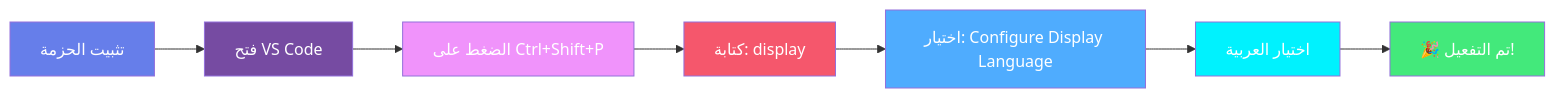
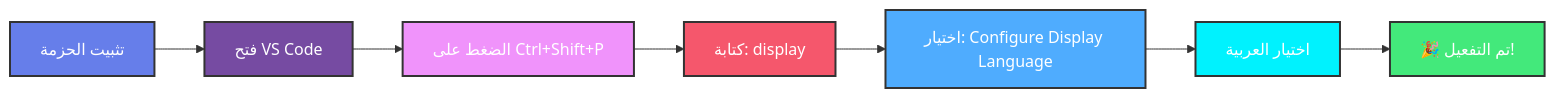
Before and after one commit to almhajer/Arabic-for-visual-studio-code: the diagram in readme.md, drawn with Mermaid. The commit also changed other lines of this file and 5 other files, not shown here.

````diff
--- a/readme.md
+++ b/readme.md
@@ -189,17 +189,17 @@
 ```mermaid
 graph LR
     A[تثبيت الحزمة] --> B[فتح VS Code]
     B --> C[الضغط على Ctrl+Shift+P]
     C --> D[كتابة: display]
     D --> E[اختيار: Configure Display Language]
     E --> F[اختيار العربية]
     F --> G[🎉 تم التفعيل!]
     
-    style A fill:#667eea,color:#fff
-    style B fill:#764ba2,color:#fff
-    style C fill:#f093fb,color:#fff
-    style D fill:#f5576c,color:#fff
-    style E fill:#4facfe,color:#fff
-    style F fill:#00f2fe,color:#fff
-    style G fill:#43e97b,color:#fff
+    style A fill:#667eea,color:#fff,stroke:#333,stroke-width:2px
+    style B fill:#764ba2,color:#fff,stroke:#333,stroke-width:2px
+    style C fill:#f093fb,color:#fff,stroke:#333,stroke-width:2px
+    style D fill:#f5576c,color:#fff,stroke:#333,stroke-width:2px
+    style E fill:#4facfe,color:#fff,stroke:#333,stroke-width:2px
+    style F fill:#00f2fe,color:#fff,stroke:#333,stroke-width:2px
+    style G fill:#43e97b,color:#fff,stroke:#333,stroke-width:2px
 ```
````
